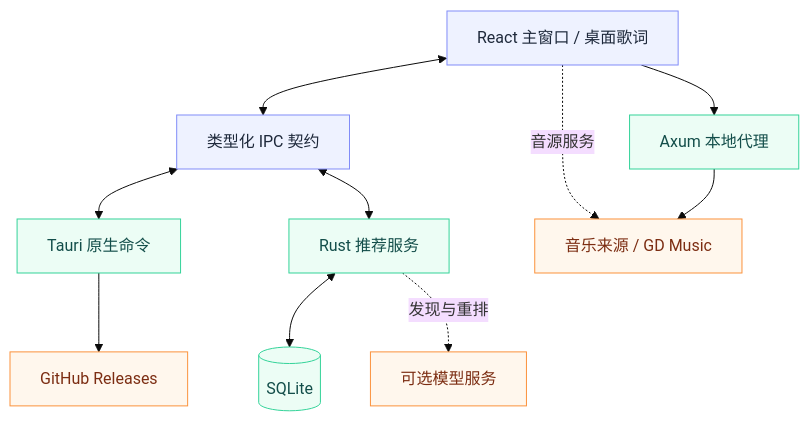
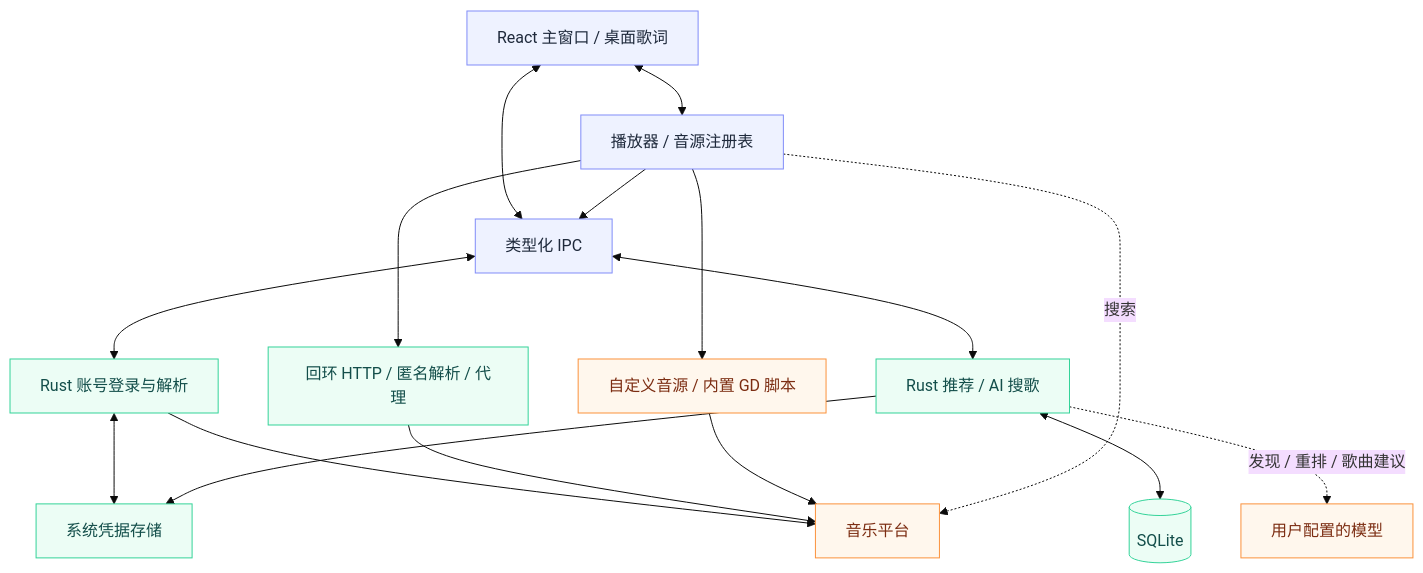
One commit to alanbulan/TuneFree changed the first of 2 diagrams in README.md. Above: the diagram before and after it, drawn with Mermaid (base theme). The commit also changed other lines of this file and 2 other files, not shown here.

````diff
--- a/README.md
+++ b/README.md
@@ -69,27 +105,35 @@
 ```mermaid
 flowchart TB
     UI[React 主窗口 / 桌面歌词]
-    IPC[类型化 IPC 契约]
-    HTTP[Axum 本地代理]
-    App[Tauri 原生命令]
-    Rec[Rust 推荐服务]
+    Core[播放器 / 音源注册表]
+    IPC[类型化 IPC]
+    Accounts[Rust 账号登录与解析]
+    Vault[系统凭据存储]
+    HTTP[回环 HTTP / 匿名解析 / 代理]
+    Scripts[自定义音源 / 内置 GD 脚本]
+    Music[音乐平台]
+    Rec[Rust 推荐 / AI 搜歌]
     DB[(SQLite)]
-    Music[音乐来源 / GD Music]
-    LLM[可选模型服务]
-    Release[GitHub Releases]
+    LLM[用户配置的模型]
+    UI <--> Core
     UI <--> IPC
-    UI --> HTTP
-    UI -. 音源服务 .-> Music
-    IPC <--> App
+    Core --> IPC
+    Core --> HTTP
+    Core --> Scripts
+    IPC <--> Accounts
+    Accounts <--> Vault
+    Accounts --> Music
+    HTTP --> Music
+    Scripts --> Music
+    Core -. 搜索 .-> Music
     IPC <--> Rec
-    HTTP --> Music
     Rec <--> DB
-    Rec -. 发现与重排 .-> LLM
-    App --> Release
+    Rec --> Vault
+    Rec -. 发现 / 重排 / 歌曲建议 .-> LLM
     classDef ui fill:#eef2ff,stroke:#818cf8,color:#1e293b
     classDef native fill:#ecfdf5,stroke:#34d399,color:#134e4a
     classDef edge fill:#fff7ed,stroke:#fb923c,color:#7c2d12
-    class UI,IPC ui
-    class App,Rec,HTTP,DB native
-    class Music,LLM,Release edge
+    class UI,Core,IPC ui
+    class Accounts,Vault,Rec,HTTP,DB native
+    class Scripts,Music,LLM edge
 ```
````
